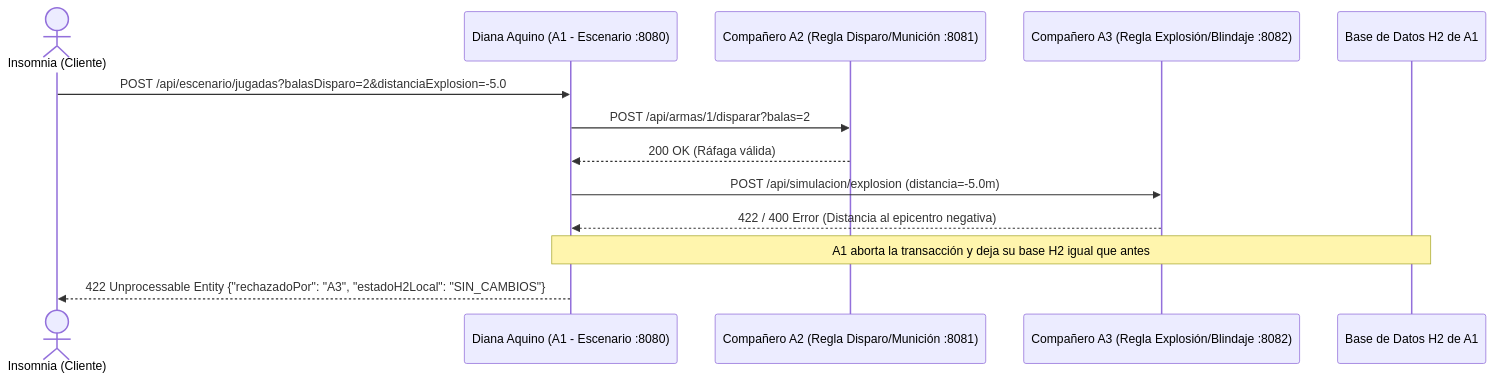
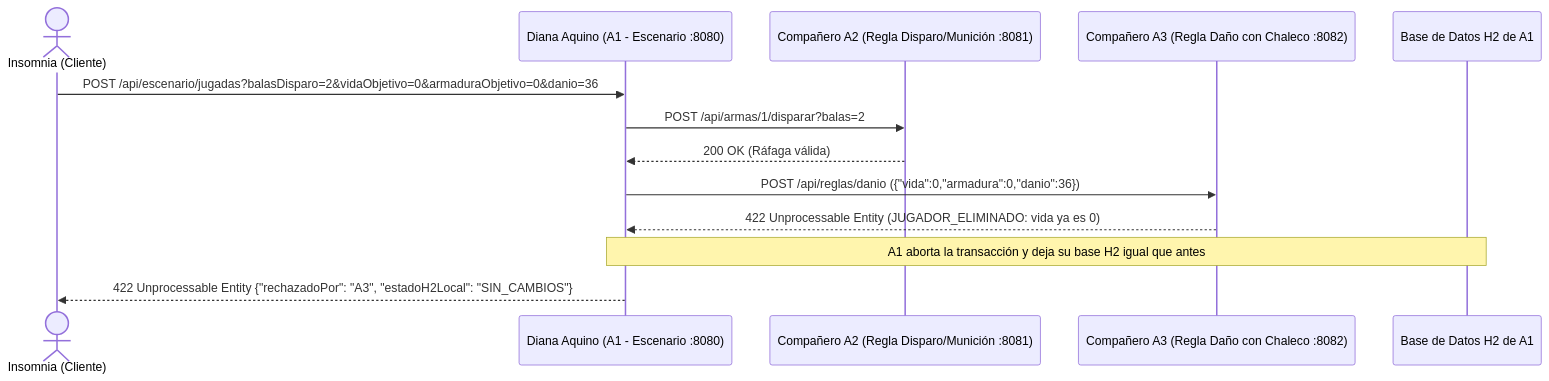
The third of 4 diagrams in README.md (dianamariapaz2104/daquino-tp-lp3-2026), drawn with Mermaid before and after one commit. The commit also changed other lines of this file and 8 other files, not shown here.

Commit message:
feat(poo09): integrar endpoints /api/reglas/danio y /api/reglas/municion del compañero A3

````diff
--- a/README.md
+++ b/README.md
@@ -118,16 +118,16 @@
 ```mermaid
 sequenceDiagram
     actor Cliente as Insomnia (Cliente)
     participant A1 as Diana Aquino (A1 - Escenario :8080)
     participant A2 as Compañero A2 (Regla Disparo/Munición :8081)
-    participant A3 as Compañero A3 (Regla Explosión/Blindaje :8082)
+    participant A3 as Compañero A3 (Regla Daño con Chaleco :8082)
     participant H2 as Base de Datos H2 de A1
 
-    Cliente->>A1: POST /api/escenario/jugadas?balasDisparo=2&distanciaExplosion=-5.0
+    Cliente->>A1: POST /api/escenario/jugadas?balasDisparo=2&vidaObjetivo=0&armaduraObjetivo=0&danio=36
     A1->>A2: POST /api/armas/1/disparar?balas=2
     A2-->>A1: 200 OK (Ráfaga válida)
-    A1->>A3: POST /api/simulacion/explosion (distancia=-5.0m)
-    A3-->>A1: 422 / 400 Error (Distancia al epicentro negativa)
+    A1->>A3: POST /api/reglas/danio ({"vida":0,"armadura":0,"danio":36})
+    A3-->>A1: 422 Unprocessable Entity (JUGADOR_ELIMINADO: vida ya es 0)
     Note over A1,H2: A1 aborta la transacción y deja su base H2 igual que antes
     A1-->>Cliente: 422 Unprocessable Entity {"rechazadoPor": "A3", "estadoH2Local": "SIN_CAMBIOS"}
 ```
````
